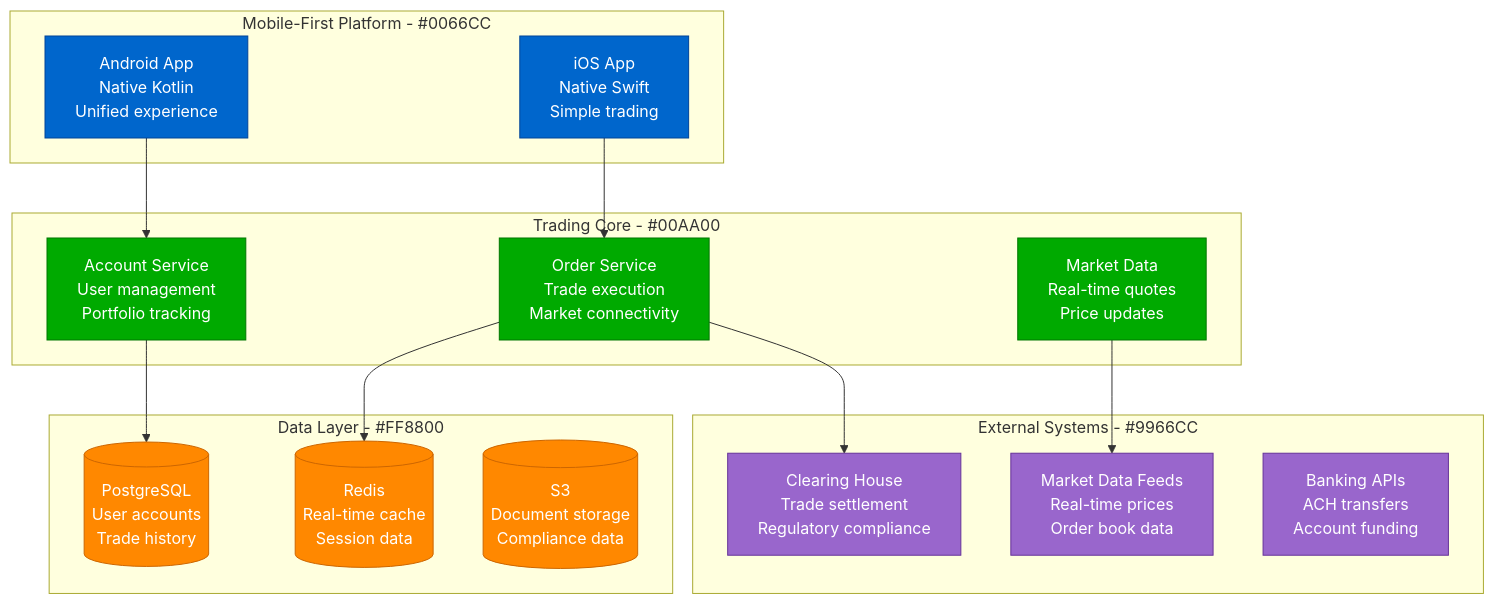
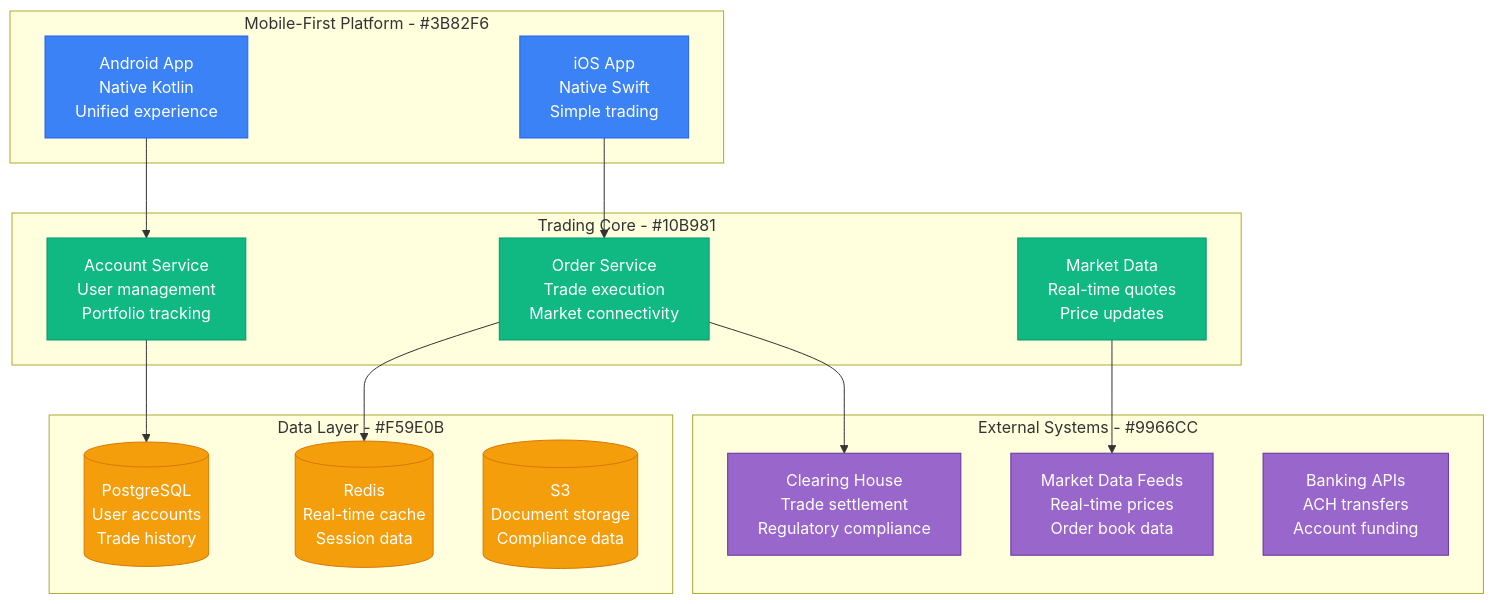
The first of 2 diagrams in site/docs/scaling/robinhood-scale-evolution.md (deepaucksharma/DS), drawn with Mermaid before and after one commit. The commit also changed other lines of this file and 187 other files, not shown here.

````diff
--- a/site/docs/scaling/robinhood-scale-evolution.md
+++ b/site/docs/scaling/robinhood-scale-evolution.md
@@ -17,42 +17,42 @@
 ```mermaid
 graph TB
-    subgraph MobileFirst[Mobile-First Platform - #0066CC]
+    subgraph MobileFirst[Mobile-First Platform - #3B82F6]
         IOS_APP[iOS App<br/>Native Swift<br/>Simple trading]
         ANDROID_APP[Android App<br/>Native Kotlin<br/>Unified experience]
     end
 
-    subgraph TradingCore[Trading Core - #00AA00]
+    subgraph TradingCore[Trading Core - #10B981]
         ORDER_SVC[Order Service<br/>Trade execution<br/>Market connectivity]
         ACCOUNT_SVC[Account Service<br/>User management<br/>Portfolio tracking]
         MARKET_DATA[Market Data<br/>Real-time quotes<br/>Price updates]
     end
 
-    subgraph DataLayer[Data Layer - #FF8800]
+    subgraph DataLayer[Data Layer - #F59E0B]
         POSTGRES[(PostgreSQL<br/>User accounts<br/>Trade history)]
         REDIS[(Redis<br/>Real-time cache<br/>Session data)]
         S3[(S3<br/>Document storage<br/>Compliance data)]
     end
 
     subgraph ExternalConnections[External Systems - #9966CC]
         CLEARING[Clearing House<br/>Trade settlement<br/>Regulatory compliance]
         MARKET_FEEDS[Market Data Feeds<br/>Real-time prices<br/>Order book data]
         BANKING[Banking APIs<br/>ACH transfers<br/>Account funding]
     end
 
     IOS_APP --> ORDER_SVC
     ANDROID_APP --> ACCOUNT_SVC
     ORDER_SVC --> CLEARING
     MARKET_DATA --> MARKET_FEEDS
     ACCOUNT_SVC --> POSTGRES
     ORDER_SVC --> REDIS
 
-    classDef mobileStyle fill:#0066CC,stroke:#004499,color:#fff
-    classDef tradingStyle fill:#00AA00,stroke:#007700,color:#fff
-    classDef dataStyle fill:#FF8800,stroke:#CC6600,color:#fff
+    classDef mobileStyle fill:#3B82F6,stroke:#2563EB,color:#fff
+    classDef tradingStyle fill:#10B981,stroke:#059669,color:#fff
+    classDef dataStyle fill:#F59E0B,stroke:#D97706,color:#fff
     classDef externalStyle fill:#9966CC,stroke:#663399,color:#fff
 
     class IOS_APP,ANDROID_APP mobileStyle
     class ORDER_SVC,ACCOUNT_SVC,MARKET_DATA tradingStyle
     class POSTGRES,REDIS,S3 dataStyle
     class CLEARING,MARKET_FEEDS,BANKING externalStyle
 ```
````
